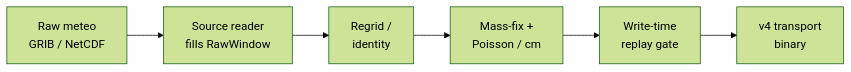
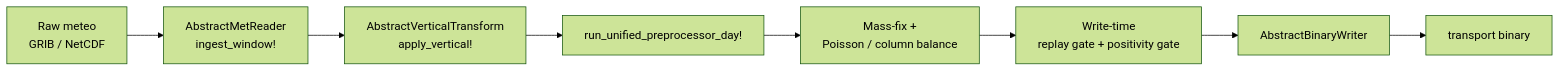
The diagram in docs/src/preprocessing/overview.md (RemoteSensingTools/AtmosTransport), drawn with Mermaid (forest theme) before and after one commit. The commit also changed other lines of this file and 34 other files, not shown here.

````diff
--- a/docs/src/preprocessing/overview.md
+++ b/docs/src/preprocessing/overview.md
@@ -51,14 +47,12 @@
 ```mermaid
 flowchart LR
     RAW[Raw meteo<br/>GRIB / NetCDF]
-    READER[Source reader<br/>fills RawWindow]
-    REGRID[Regrid /<br/>identity]
-    BAL[Mass-fix +<br/>Poisson / cm]
-    GATE[Write-time<br/>replay gate]
-    BIN[v4 transport<br/>binary]
-    RAW --> READER
-    READER --> REGRID
-    REGRID --> BAL
-    BAL --> GATE
-    GATE --> BIN
+    READER[AbstractMetReader<br/>ingest_window!]
+    VT[AbstractVerticalTransform<br/>apply_vertical!]
+    DRIVER[run_unified_preprocessor_day!]
+    BAL[Mass-fix +<br/>Poisson / column balance]
+    GATE[Write-time<br/>replay gate + positivity gate]
+    WRITER[AbstractBinaryWriter]
+    BIN[transport binary]
+    RAW --> READER --> VT --> DRIVER --> BAL --> GATE --> WRITER --> BIN
 ```
````
